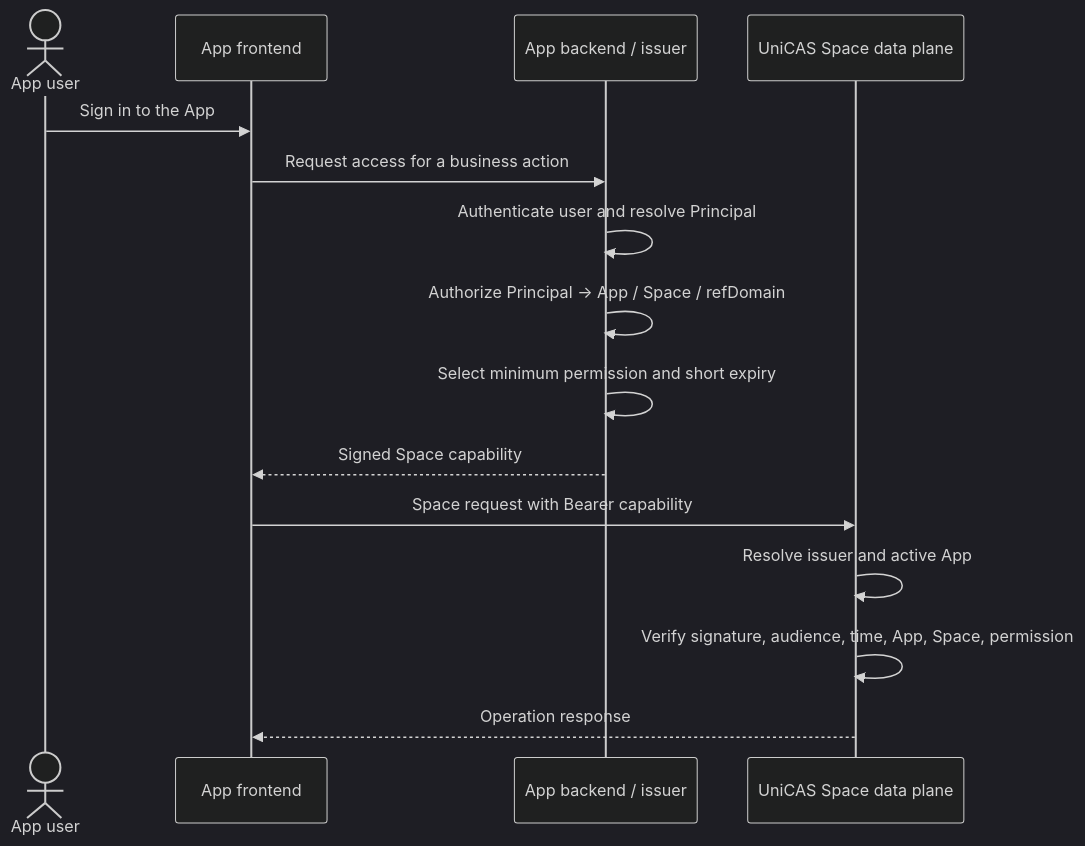
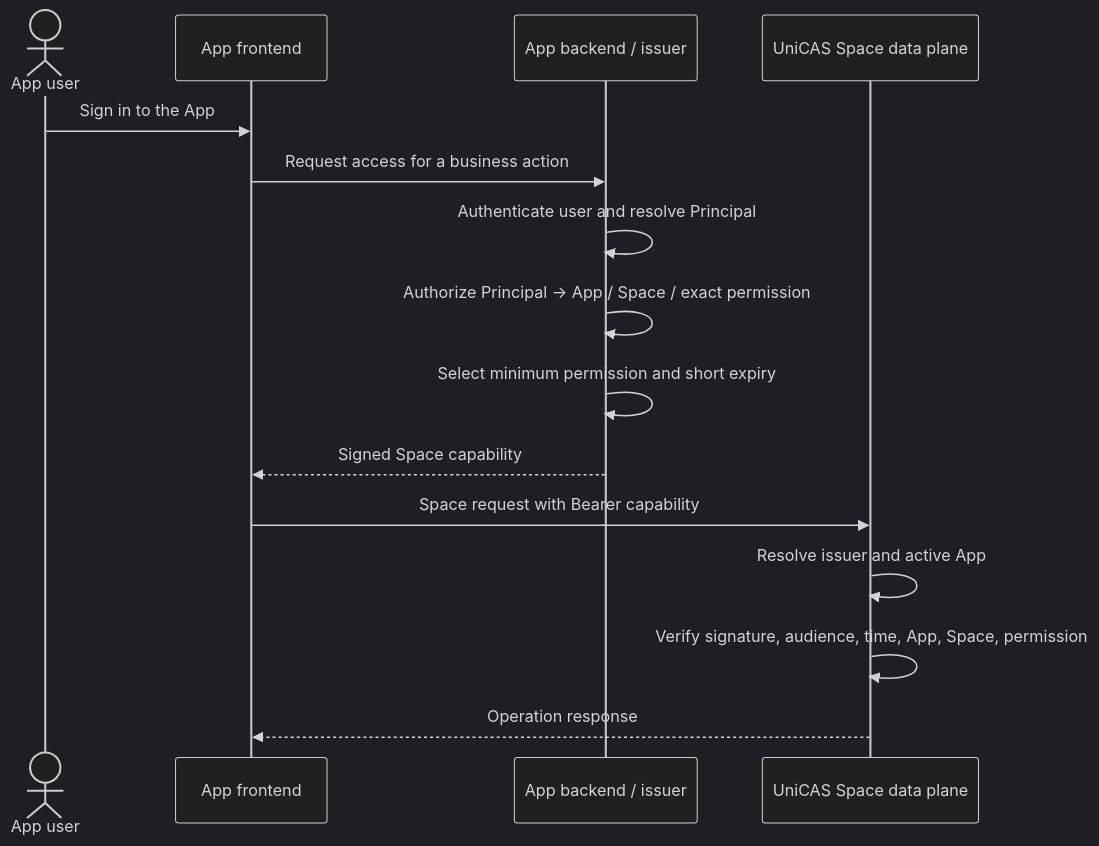
Before and after one commit to shazhou-ww/unicas: the first of 5 diagrams in packages/docs-site/content/app-user-api/scenarios.md, drawn with Mermaid (dark theme). The commit also changed other lines of this file and 117 other files, not shown here.

First line of the commit message:
feat: remove Root Ref domain from protocols and storage

````diff
--- a/packages/docs-site/content/app-user-api/scenarios.md
+++ b/packages/docs-site/content/app-user-api/scenarios.md
@@ -14,18 +14,18 @@
 ```mermaid
 sequenceDiagram
     actor User as App user
     participant UI as App frontend
     participant App as App backend / issuer
     participant CAS as UniCAS Space data plane
 
     User->>UI: Sign in to the App
     UI->>App: Request access for a business action
     App->>App: Authenticate user and resolve Principal
-    App->>App: Authorize Principal -> App / Space / refDomain
+    App->>App: Authorize Principal -> App / Space / exact permission
     App->>App: Select minimum permission and short expiry
     App-->>UI: Signed Space capability
     UI->>CAS: Space request with Bearer capability
     CAS->>CAS: Resolve issuer and active App
     CAS->>CAS: Verify signature, audience, time, App, Space, permission
     CAS-->>UI: Operation response
 ```
````
